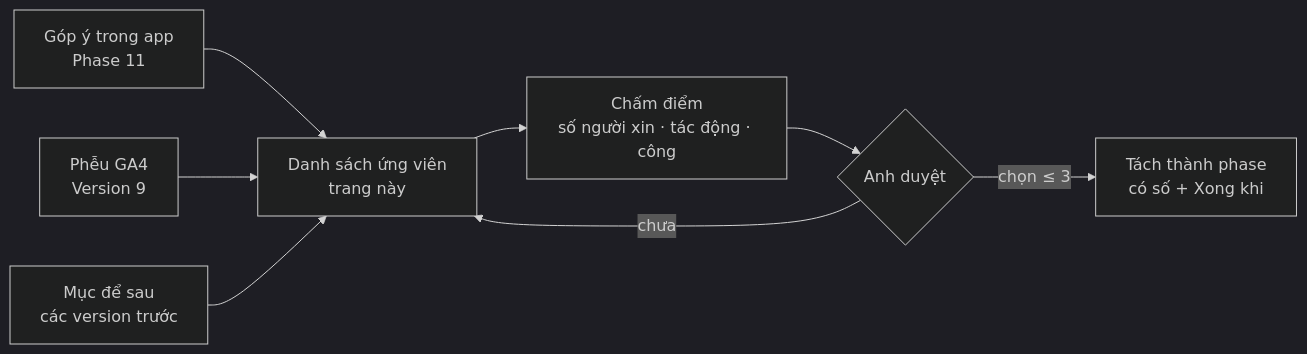
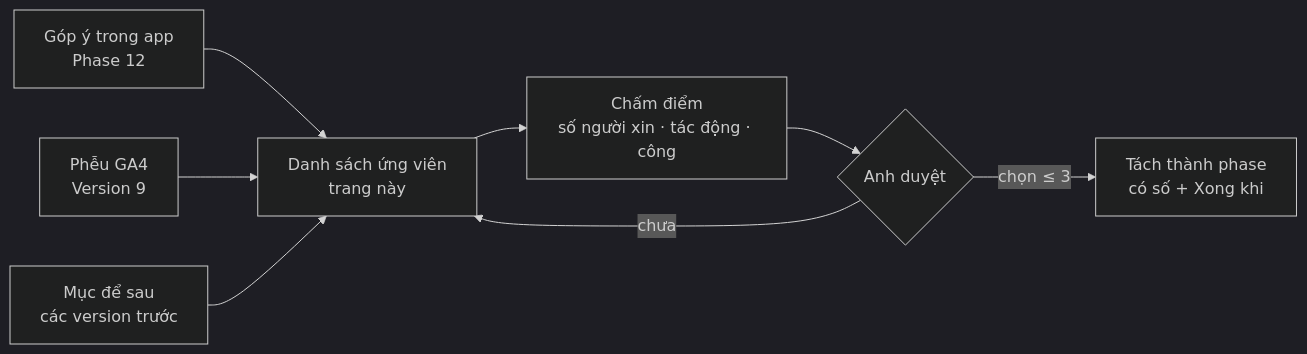
Before and after one commit to nvminhtu/niche-radar-docs: the diagram in docs/web/version-12.md, drawn with Mermaid (dark theme). The commit also changed other lines of this file and 27 other files, not shown here.

````diff
--- a/docs/web/version-12.md
+++ b/docs/web/version-12.md
@@ -16,10 +16,10 @@
 ```mermaid
 flowchart LR
-  F[Góp ý trong app<br/>Phase 11] --> L[Danh sách ứng viên<br/>trang này]
+  F[Góp ý trong app<br/>Phase 12] --> L[Danh sách ứng viên<br/>trang này]
   A[Phễu GA4<br/>Version 9] --> L
   O[Mục để sau<br/>các version trước] --> L
   L --> S[Chấm điểm<br/>số người xin · tác động · công]
   S --> D{Anh duyệt}
   D -->|chọn ≤ 3| P[Tách thành phase<br/>có số + Xong khi]
   D -->|chưa| L
 ```
````
